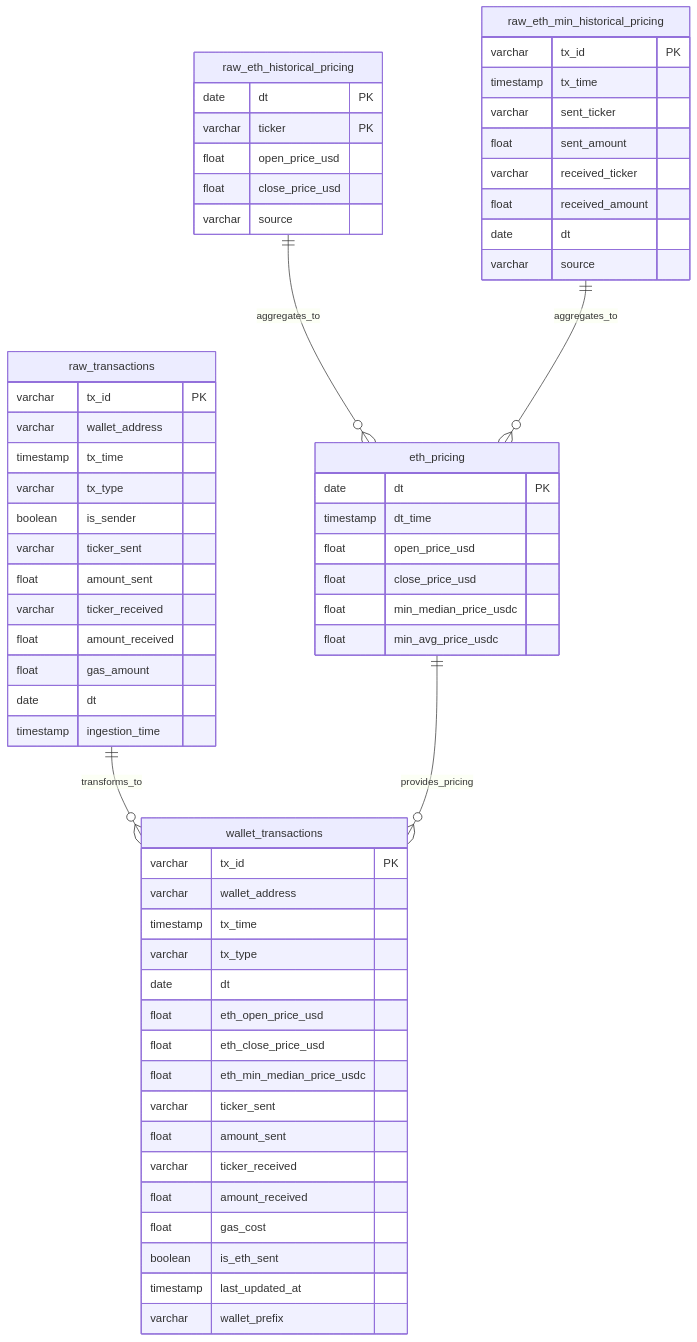
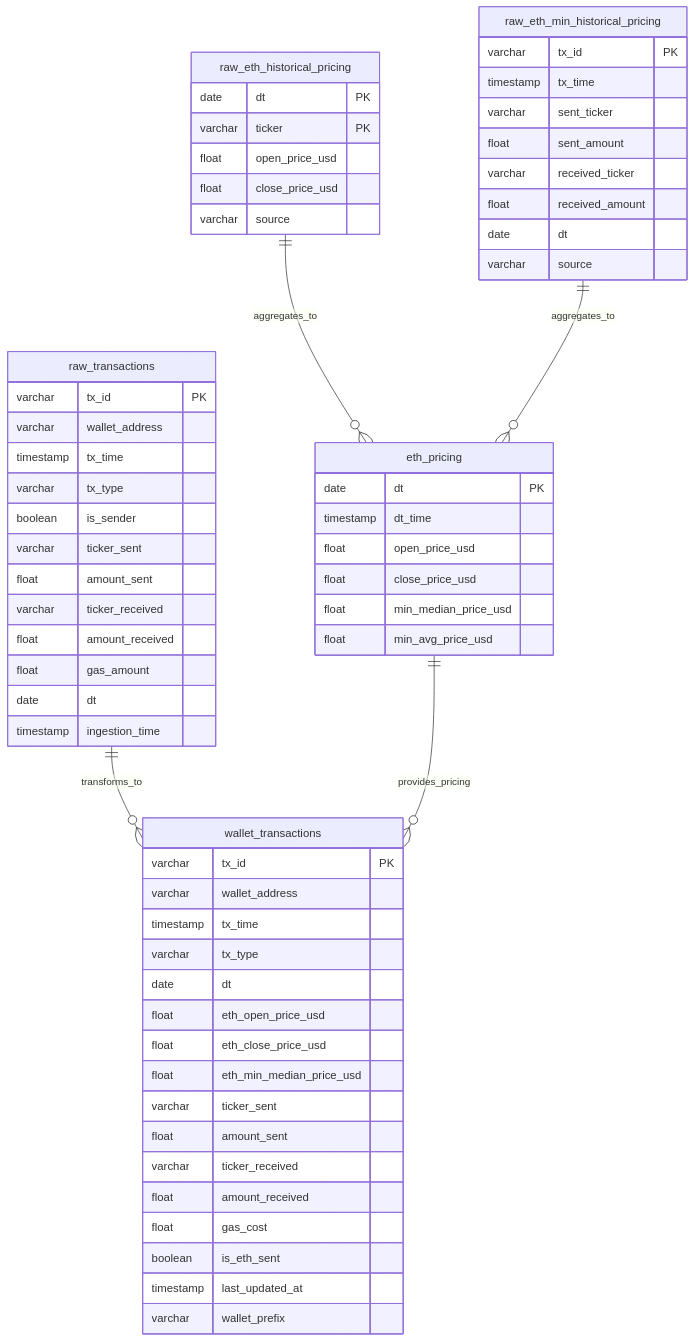
Before and after one commit to tripodoreo/ae_capstone_project: the first of 2 diagrams in README.md, drawn with Mermaid. The commit also changed other lines of this file, not shown here.

````diff
--- a/README.md
+++ b/README.md
@@ -107,69 +107,69 @@
 ```mermaid
 erDiagram
     raw_eth_min_historical_pricing {
         varchar tx_id PK
         timestamp tx_time
         varchar sent_ticker
         float sent_amount
         varchar received_ticker
         float received_amount
         date dt
         varchar source
     }
 
     raw_eth_historical_pricing {
         date dt PK
         varchar ticker PK
         float open_price_usd
         float close_price_usd
         varchar source
     }
 
     raw_transactions {
         varchar tx_id PK
         varchar wallet_address
         timestamp tx_time
         varchar tx_type
         boolean is_sender
         varchar ticker_sent
         float amount_sent
         varchar ticker_received
         float amount_received
         float gas_amount
         date dt
         timestamp ingestion_time
     }
 
     eth_pricing {
         date dt PK
         timestamp dt_time
         float open_price_usd
         float close_price_usd
-        float min_median_price_usdc
-        float min_avg_price_usdc
+        float min_median_price_usd
+        float min_avg_price_usd
     }
 
     wallet_transactions {
         varchar tx_id PK
         varchar wallet_address
         timestamp tx_time
         varchar tx_type
         date dt
         float eth_open_price_usd
         float eth_close_price_usd
-        float eth_min_median_price_usdc
+        float eth_min_median_price_usd
         varchar ticker_sent
         float amount_sent
         varchar ticker_received
         float amount_received
         float gas_cost
         boolean is_eth_sent
         timestamp last_updated_at
         varchar wallet_prefix
     }
 
     raw_transactions ||--o{ wallet_transactions : "transforms_to"
     raw_eth_historical_pricing ||--o{ eth_pricing : "aggregates_to"
     raw_eth_min_historical_pricing ||--o{ eth_pricing : "aggregates_to"
     eth_pricing ||--o{ wallet_transactions : "provides_pricing"
 ```
````
